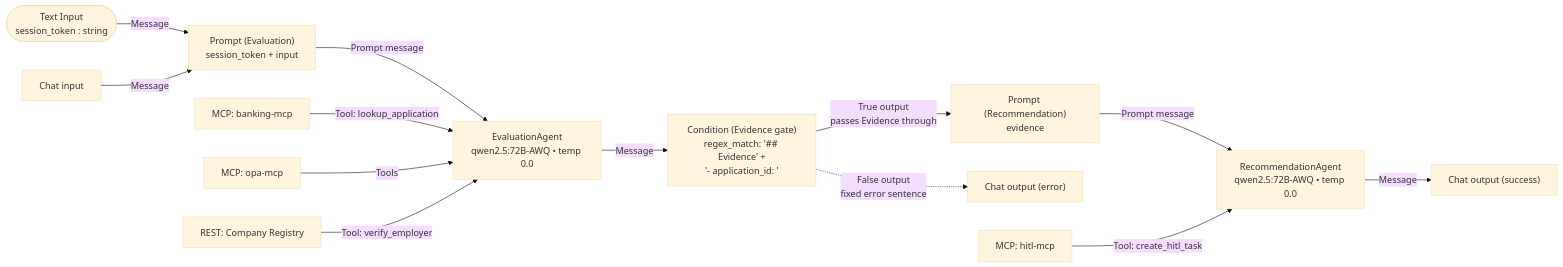
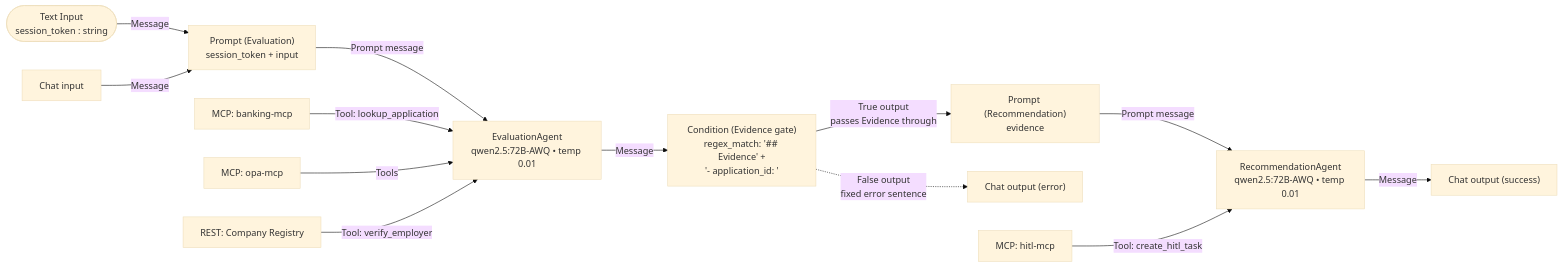
The first of 4 diagrams in paf/flows/CHAT_WORKFLOW.md (vmleon/oracle-database-private-agent-factory-poc), drawn with Mermaid (base theme) before and after one commit. The commit also changed other lines of this file and 12 other files, not shown here.

Commit message:
docs: prioritize issues 01-05; export flow JSON; postpone OcrAgent

````diff
--- a/paf/flows/CHAT_WORKFLOW.md
+++ b/paf/flows/CHAT_WORKFLOW.md
@@ -43,18 +43,18 @@
 ```mermaid
 flowchart LR
     TOK(["Text Input<br/>session_token : string"]) -->|Message| EP
     CI["Chat input"] -->|Message| EP
     EP["Prompt (Evaluation)<br/>session_token + input"] -->|Prompt message| EA
     BNK["MCP: banking-mcp"] -->|Tool: lookup_application| EA
-    OPA["MCP: opa-mcp"] -->|Tools| EA["EvaluationAgent<br/>qwen2.5:72B-AWQ • temp 0.0"]
+    OPA["MCP: opa-mcp"] -->|Tools| EA["EvaluationAgent<br/>qwen2.5:72B-AWQ • temp 0.01"]
     REG["REST: Company Registry"] -->|Tool: verify_employer| EA
 
     EA -->|Message| GATE["Condition (Evidence gate)<br/>regex_match: '## Evidence' +<br/>'- application_id: <int>'"]
     GATE -->|True output<br/>passes Evidence through| RP["Prompt (Recommendation)<br/>evidence"]
     GATE -.->|False output<br/>fixed error sentence| COE["Chat output (error)"]
 
-    RP -->|Prompt message| RA["RecommendationAgent<br/>qwen2.5:72B-AWQ • temp 0.0"]
+    RP -->|Prompt message| RA["RecommendationAgent<br/>qwen2.5:72B-AWQ • temp 0.01"]
     HITL["MCP: hitl-mcp"] -->|Tool: create_hitl_task| RA
 
     RA -->|Message| COS["Chat output (success)"]
 ```
````
